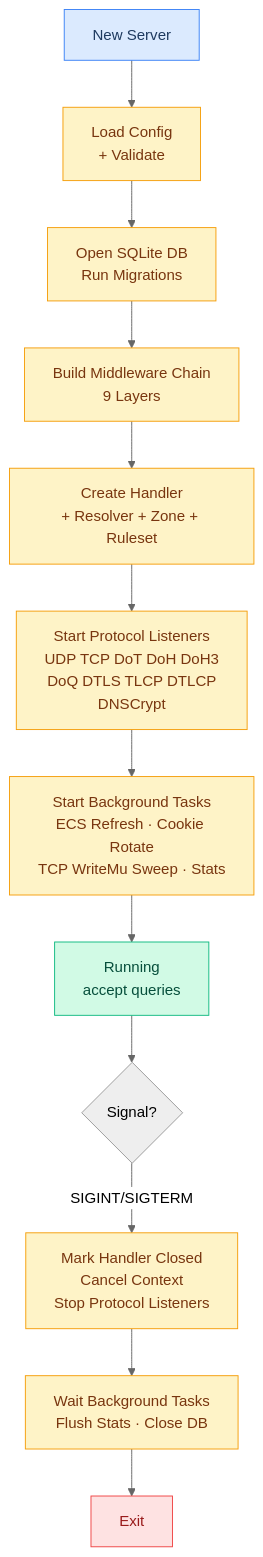
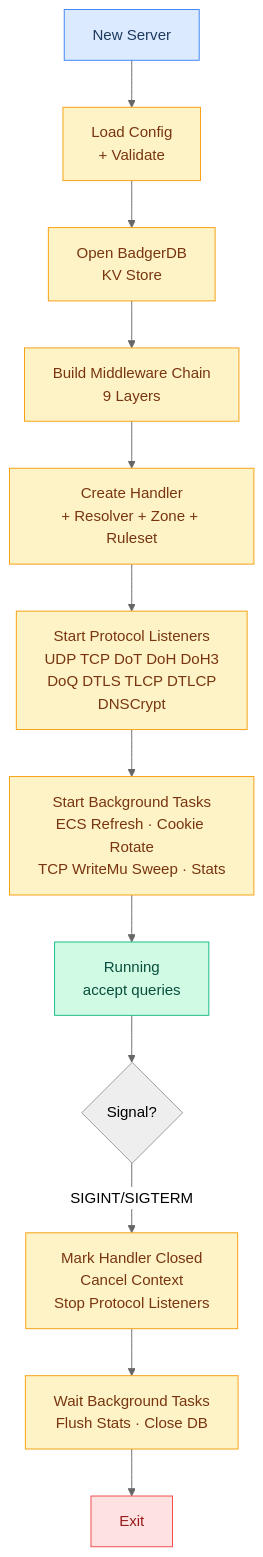
The second of 26 diagrams in docs/FLOWCHARTS.md (hezhijie0327/ZJDNS), drawn with Mermaid (neutral theme) before and after one commit. The commit also changed other lines of this file and 66 other files, not shown here.

Commit message:
refactor: replace SQLite with BadgerDB v4 as unified storage engine

````diff
--- a/docs/FLOWCHARTS.md
+++ b/docs/FLOWCHARTS.md
@@ -26,22 +26,22 @@
 ```mermaid
 graph TD
     START[New Server] --> LOADCONF[Load Config<br/>+ Validate]
-    LOADCONF --> INITDB[Open SQLite DB<br/>Run Migrations]
+    LOADCONF --> INITDB[Open BadgerDB<br/>KV Store]
     INITDB --> INITMW[Build Middleware Chain<br/>9 Layers]
     INITMW --> INITHANDLER[Create Handler<br/>+ Resolver + Zone + Ruleset]
     INITHANDLER --> STARTPROTO[Start Protocol Listeners<br/>UDP TCP DoT DoH DoH3<br/>DoQ DTLS TLCP DTLCP<br/>DNSCrypt]
     STARTPROTO --> BG[Start Background Tasks<br/>ECS Refresh · Cookie Rotate<br/>TCP WriteMu Sweep · Stats]
     BG --> RUNNING[Running<br/>accept queries]
     RUNNING --> SIG{Signal?}
     SIG -->|SIGINT/SIGTERM| SHUTDOWN[Mark Handler Closed<br/>Cancel Context<br/>Stop Protocol Listeners]
     SHUTDOWN --> WAITBG[Wait Background Tasks<br/>Flush Stats · Close DB]
     WAITBG --> EXIT[Exit]
     classDef start fill:#dbeafe,stroke:#3b82f6,color:#1e3a5f
     classDef proc fill:#fef3c7,stroke:#f59e0b,color:#78350f
     classDef running fill:#d1fae5,stroke:#10b981,color:#064e3b
     classDef exit fill:#fee2e2,stroke:#ef4444,color:#991b1b
     class START start
     class LOADCONF,INITDB,INITMW,INITHANDLER,STARTPROTO,BG,SHUTDOWN,WAITBG proc
     class RUNNING running
     class EXIT exit
 ```
````
